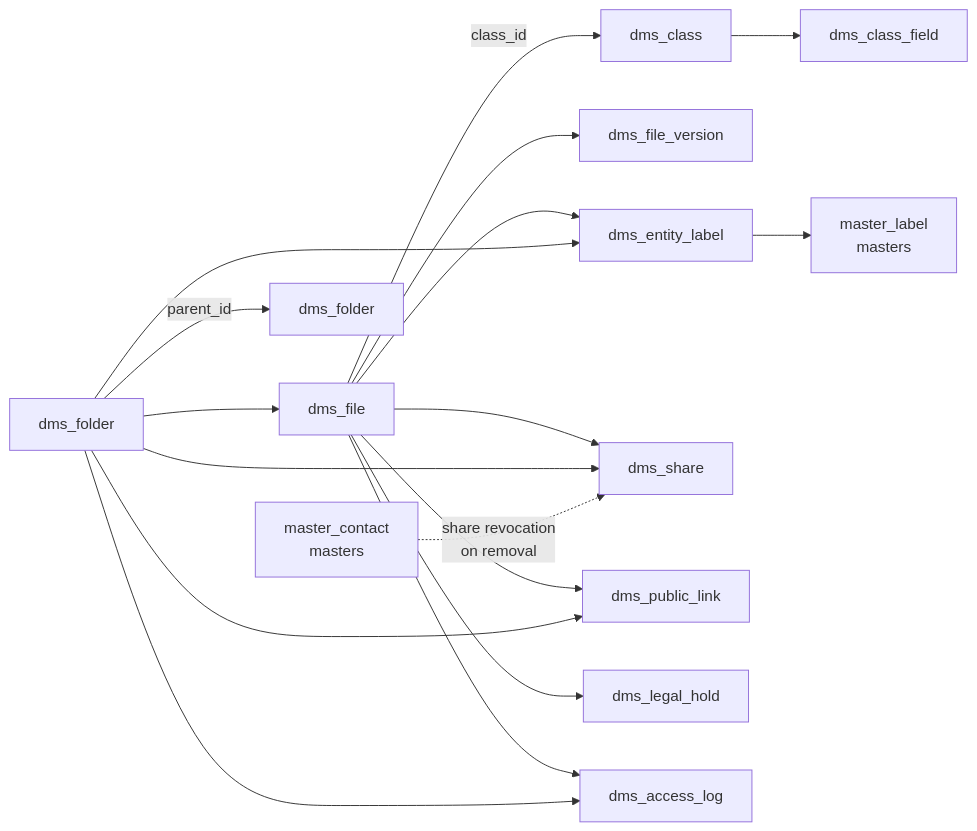
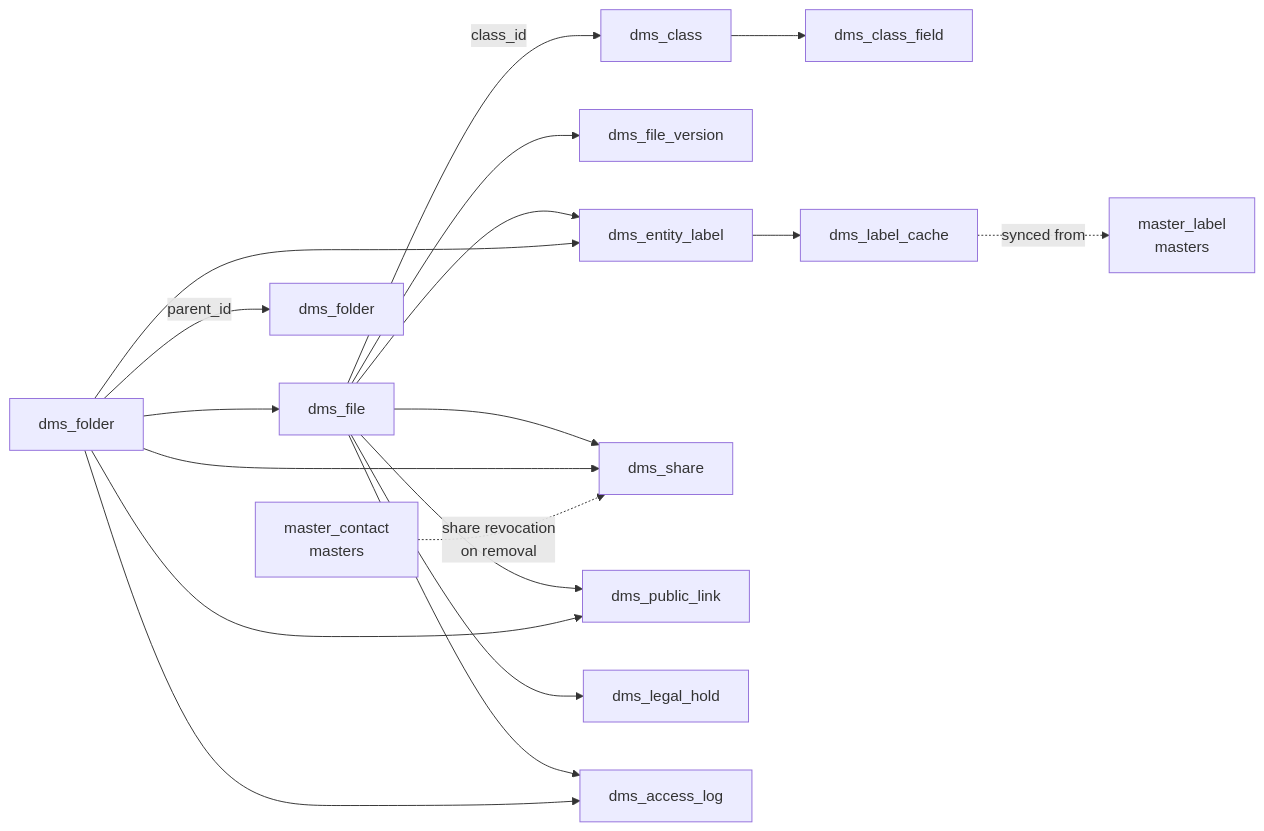
One commit to AdityaBorkar/aspen-os changed the diagram in packages/dms/docs/db-schemas.mdx. Above: the diagram before and after it, drawn with Mermaid. The commit also changed other lines of this file and 72 other files, not shown here.

````diff
--- a/packages/dms/docs/db-schemas.mdx
+++ b/packages/dms/docs/db-schemas.mdx
@@ -217,14 +236,15 @@
 ```mermaid
 flowchart LR
   F[dms_file] -->|class_id| C[dms_class]
   C --> CF[dms_class_field]
   F --> V[dms_file_version]
   FO[dms_folder] -->|parent_id| FO2[dms_folder]
   FO --> F
-  F & FO --> EL[dms_entity_label] --> ML[master_label<br/>masters]
+  F & FO --> EL[dms_entity_label] --> LC[dms_label_cache]
+  LC -. synced from .-> ML[master_label<br/>masters]
   F & FO --> S[dms_share]
   F & FO --> PL[dms_public_link]
   F --> LH[dms_legal_hold]
   F & FO --> AL[dms_access_log]
   MC[master_contact<br/>masters] -. share revocation<br/>on removal .-> S
 ```
````
